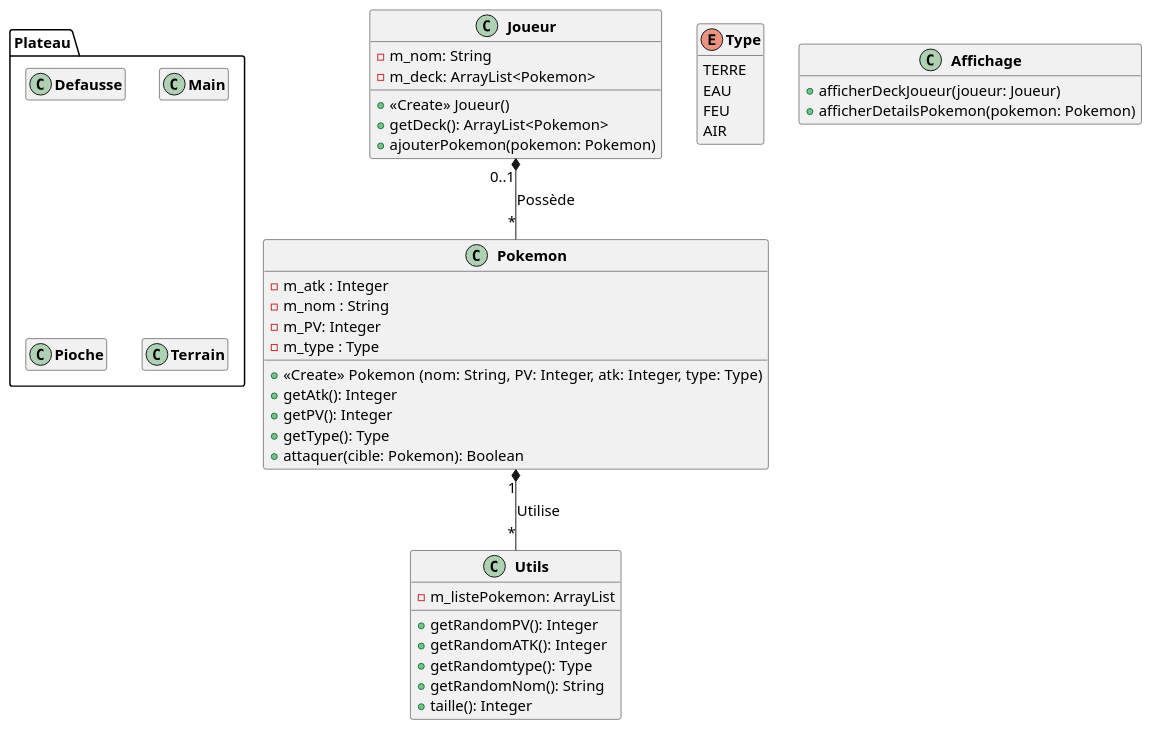
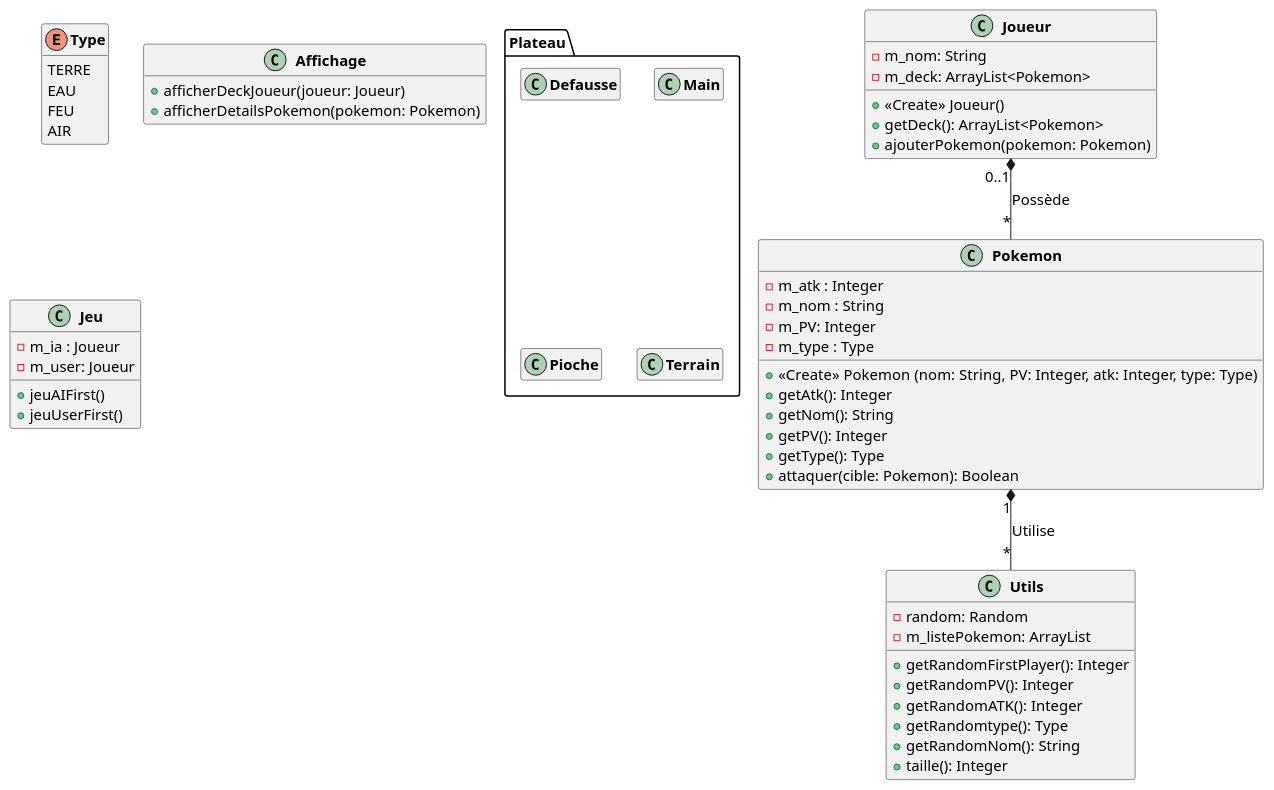
One commit to julot424/POOkemon changed the diagram in uml/semaine1.puml. Above: the diagram before and after it, drawn with PlantUML.

Commit message:
UPATE semaine1

```diff
--- a/uml/semaine1.puml
+++ b/uml/semaine1.puml
@@ -1,63 +1,72 @@
 @startuml
 scale 1
 skinparam classFontStyle Bold
 skinparam defaultFontSize 15
 hide empty members
 skinparam classAttribute IconSize 0
 skinparam classFontStyle Bold
 hide enum methods
 
 
 class Pokemon{
     -m_atk : Integer
     -m_nom : String
     -m_PV: Integer
     -m_type : Type
     +<<Create>> Pokemon (nom: String, PV: Integer, atk: Integer, type: Type)
     +getAtk(): Integer
+    +getNom(): String
     +getPV(): Integer
     +getType(): Type
     +attaquer(cible: Pokemon): Boolean
 }
 enum Type{
         TERRE
         EAU
         FEU
         AIR
 }
 class Utils{
+    -random: Random
     -m_listePokemon: ArrayList
+    +getRandomFirstPlayer(): Integer
     +getRandomPV(): Integer
     +getRandomATK(): Integer
     +getRandomtype(): Type
     +getRandomNom(): String
     +taille(): Integer
 }
 class Joueur{
     -m_nom: String
     -m_deck: ArrayList<Pokemon>
     +<<Create>> Joueur()
     +getDeck(): ArrayList<Pokemon>
     +ajouterPokemon(pokemon: Pokemon)
 }
 class Affichage{
     +afficherDeckJoueur(joueur: Joueur)
     +afficherDetailsPokemon(pokemon: Pokemon)
+    }
+class Jeu{
+    -m_ia : Joueur
+    -m_user: Joueur
+    +jeuAIFirst()
+    +jeuUserFirst()
     }
 package Plateau {
     class Defausse
     {
     }
     class Main
     {
     }
     class Pioche
     {
     }
     class Terrain
     {
     }
 }
 Pokemon "1" *-- "*" Utils : Utilise
 Joueur "0..1" *-- "*" Pokemon : Possède
 @enduml
```
